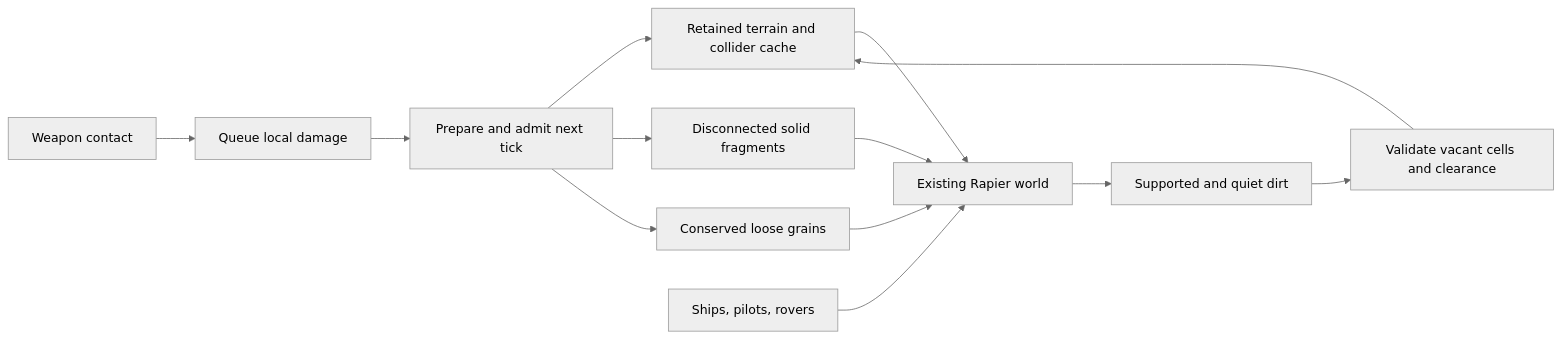
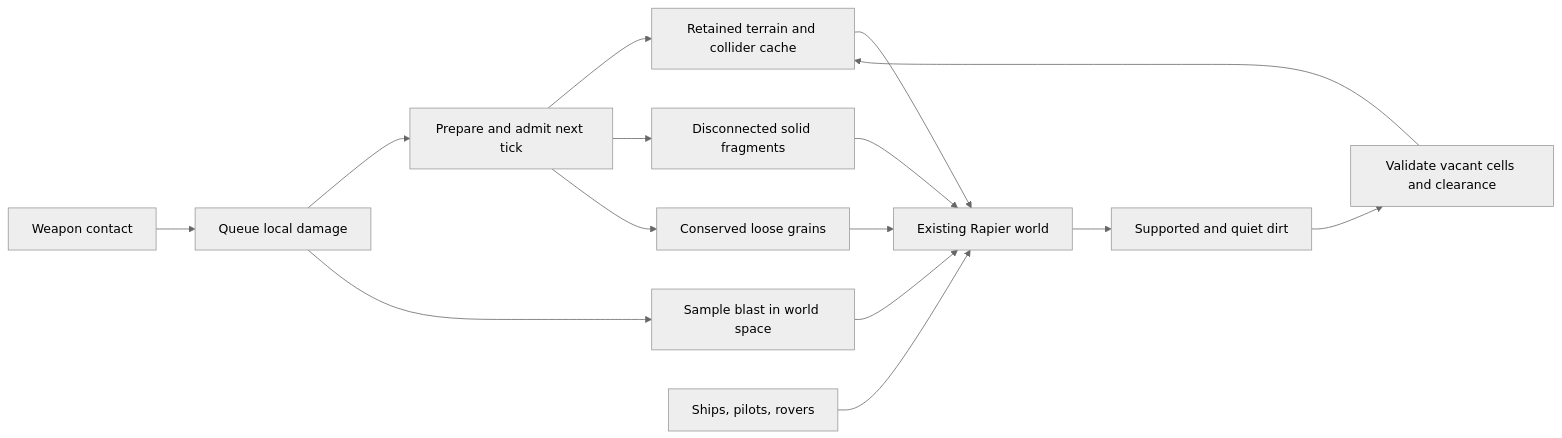
Before and after one commit to aortez/space-wars: the diagram in docs/shared-loose-terrain.md, drawn with Mermaid (neutral theme). The commit also changed other lines of this file and 230 other files, not shown here.

````diff
--- a/docs/shared-loose-terrain.md
+++ b/docs/shared-loose-terrain.md
@@ -17,15 +33,17 @@
 ```mermaid
 flowchart LR
   A[Weapon contact] --> B[Queue local damage]
   B --> C[Prepare and admit next tick]
+  B --> K[Sample blast in world space]
   C --> D[Retained terrain and collider cache]
   C --> E[Disconnected solid fragments]
   C --> F[Conserved loose grains]
   D --> G[Existing Rapier world]
   E --> G
   F --> G
+  K --> G
   G --> I[Supported and quiet dirt]
   I --> J[Validate vacant cells and clearance]
   J --> D
   H[Ships, pilots, rovers] --> G
 ```
````
